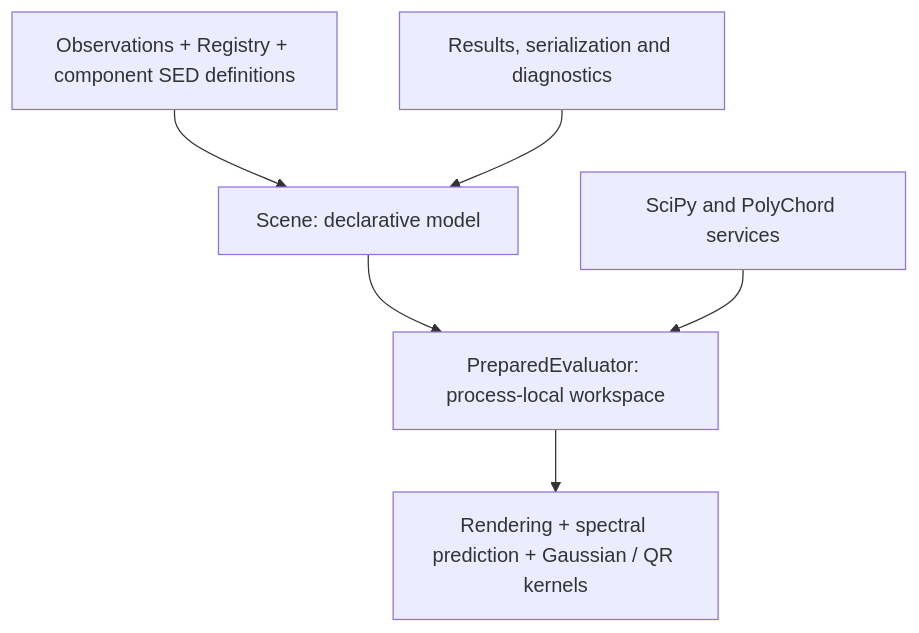
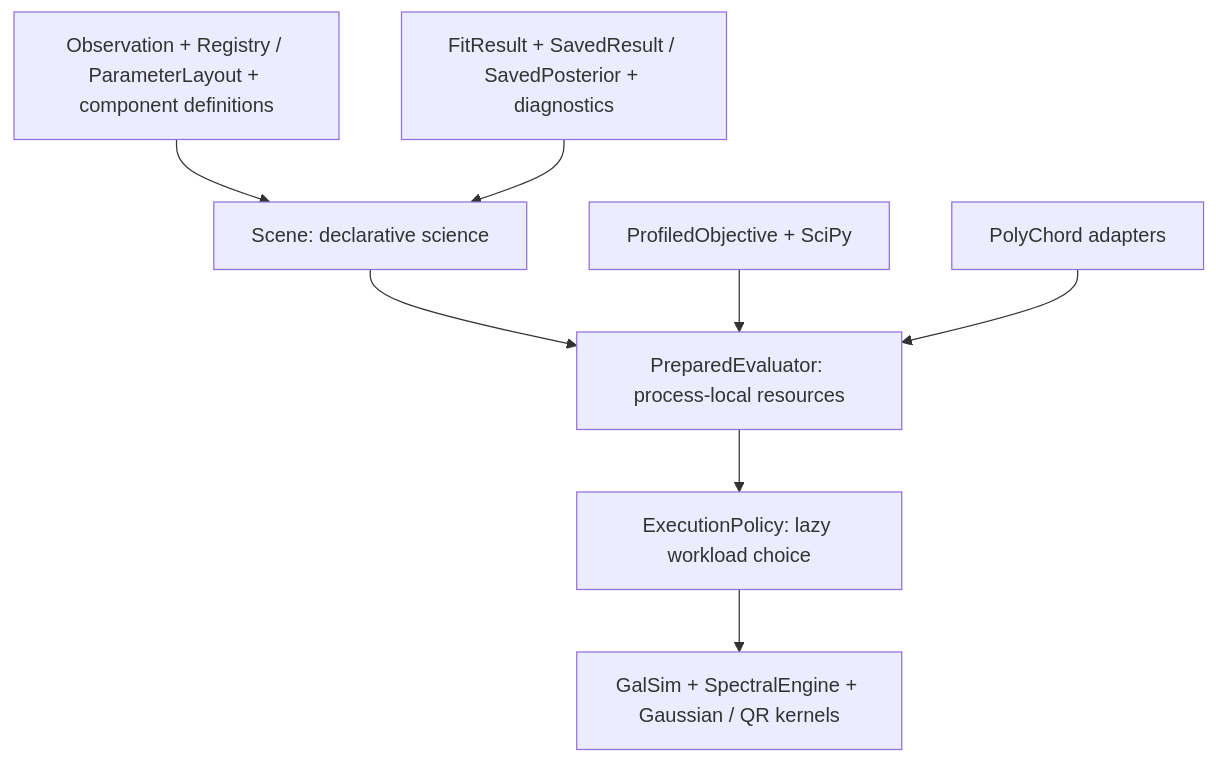
Before and after one commit to LittleLin1999/ChroMorph: the diagram in docs/ARCHITECTURE.md, drawn with Mermaid. The commit also changed other lines of this file and 37 other files, not shown here.

````diff
--- a/docs/ARCHITECTURE.md
+++ b/docs/ARCHITECTURE.md
@@ -7,8 +8,10 @@
 ```mermaid
 flowchart TD
-  definitions[Observations + Registry + component SED definitions] --> scene[Scene: declarative model]
-  scene --> execution[PreparedEvaluator: process-local workspace]
-  execution --> kernels[Rendering + spectral prediction + Gaussian / QR kernels]
-  inference[SciPy and PolyChord services] --> execution
-  results[Results, serialization and diagnostics] --> scene
+  definitions[Observation + Registry / ParameterLayout + component definitions] --> scene[Scene: declarative science]
+  scene --> execution[PreparedEvaluator: process-local resources]
+  execution --> policy[ExecutionPolicy: lazy workload choice]
+  policy --> kernels[GalSim + SpectralEngine + Gaussian / QR kernels]
+  optimization[ProfiledObjective + SciPy] --> execution
+  sampling[PolyChord adapters] --> execution
+  results[FitResult + SavedResult / SavedPosterior + diagnostics] --> scene
 ```
````
